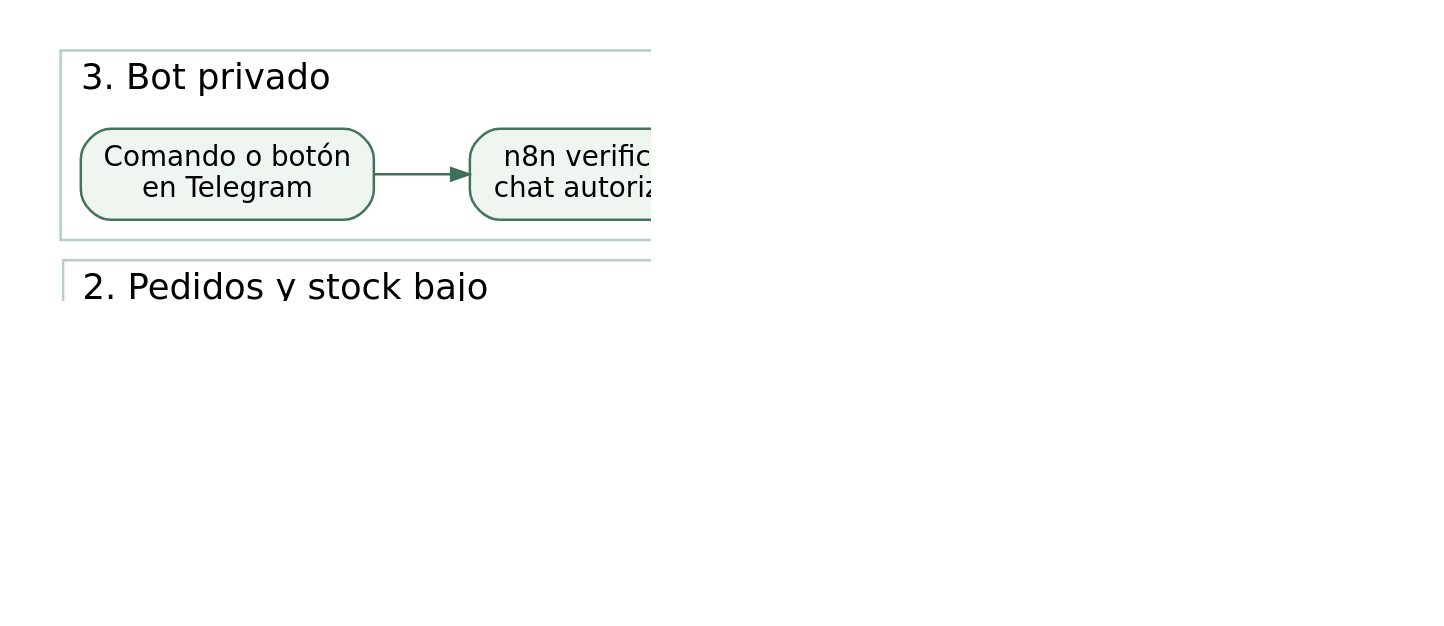
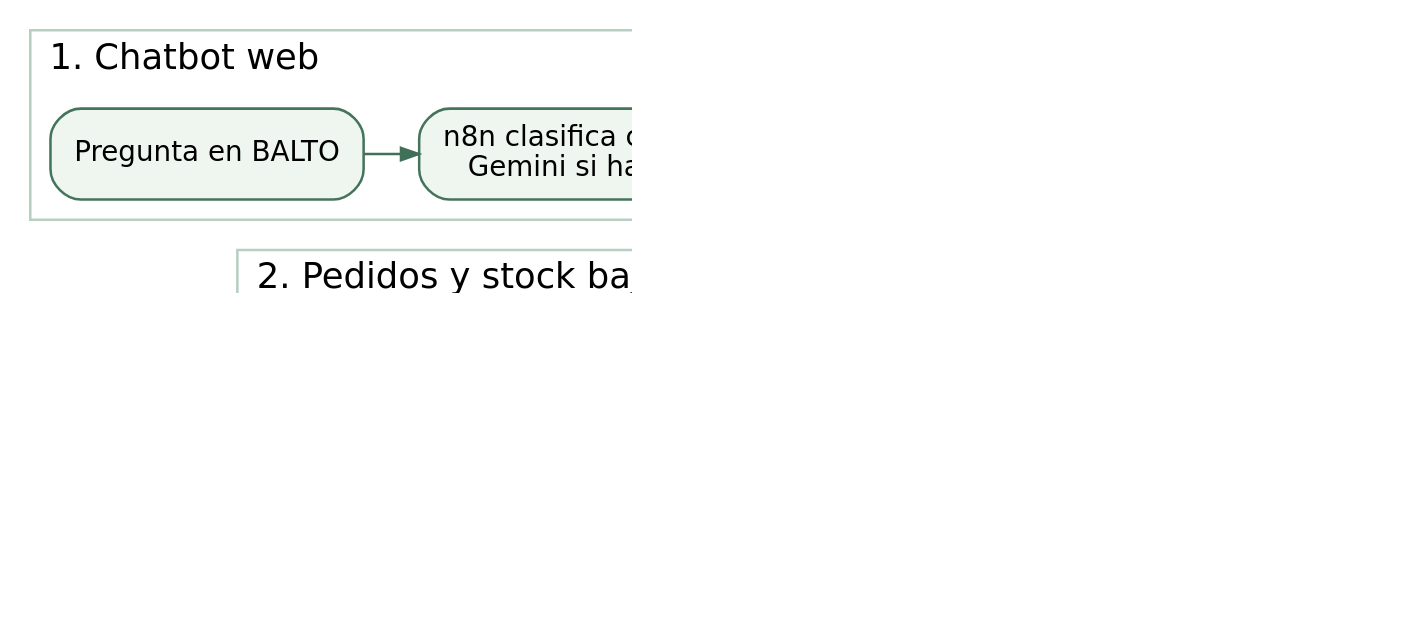
Before and after one commit to Yords-Williams/balto-veterinaria-proyecto: the diagram in docs/diagramas/flujo-n8n.dot, drawn with Graphviz. The commit also changed 18 other files, not shown here.

```diff
--- a/docs/diagramas/flujo-n8n.dot
+++ b/docs/diagramas/flujo-n8n.dot
@@ -1,28 +1,28 @@
 digraph n8n {
-  graph [rankdir=LR, bgcolor="white", pad=.15, nodesep=.28, ranksep=.30, dpi=170];
+  graph [rankdir=LR, bgcolor="white", pad=.15, nodesep=.28, ranksep=.30, dpi=170, pack=12, packmode="array_uc1"];
   node [shape=box, style="rounded,filled", fillcolor="#EFF6F0", color="#45745C", fontname="DejaVu Sans", fontsize=11, margin=".12,.09"];
   edge [color="#407058", arrowsize=.7];
-  subgraph cluster_chat {
-    label="1. Chatbot web"; labeljust=l; fontname="DejaVu Sans"; color="#B7CFC0";
-    chat [label="Pregunta en BALTO"];
-    classify [label="n8n valida y\nclasifica la consulta"];
-    api [label="Consulta Drupal\nsegún la pregunta"];
-    answer [label="Respuesta en\nel chat web"];
-    chat -> classify -> api -> answer;
-  }
-  subgraph cluster_orders {
-    label="2. Pedidos y stock bajo"; labeljust=l; fontname="DejaVu Sans"; color="#B7CFC0";
-    order [label="Evento de Drupal\no revisión diaria"];
-    review [label="n8n prepara aviso\no revisa existencias"];
-    alert [label="Aviso al dueño\nen Telegram"];
-    order -> review -> alert;
-  }
   subgraph cluster_bot {
-    label="3. Bot privado"; labeljust=l; fontname="DejaVu Sans"; color="#B7CFC0";
+    label="3. Bot privado"; sortv=1; labeljust=l; fontname="DejaVu Sans"; color="#B7CFC0";
     button [label="Comando o botón\nen Telegram"];
     owner [label="n8n verifica el\nchat autorizado"];
     action [label="Drupal consulta datos\no registra el pago"];
     reply [label="Resultado en\nTelegram"];
     button -> owner -> action -> reply;
   }
+  subgraph cluster_orders {
+    label="2. Pedidos y stock bajo"; sortv=2; labeljust=l; fontname="DejaVu Sans"; color="#B7CFC0";
+    order [label="Evento de Drupal\no revisión diaria"];
+    review [label="n8n prepara aviso\no revisa existencias"];
+    alert [label="Aviso al dueño\nen Telegram"];
+    order -> review -> alert;
+  }
+  subgraph cluster_chat {
+    label="1. Chatbot web"; sortv=3; labeljust=l; fontname="DejaVu Sans"; color="#B7CFC0";
+    chat [label="Pregunta en BALTO"];
+    classify [label="n8n clasifica con reglas\nGemini si hace falta"];
+    api [label="Consulta Drupal\nsegún la pregunta"];
+    answer [label="Respuesta en\nel chat web"];
+    chat -> classify -> api -> answer;
+  }
 }
```
